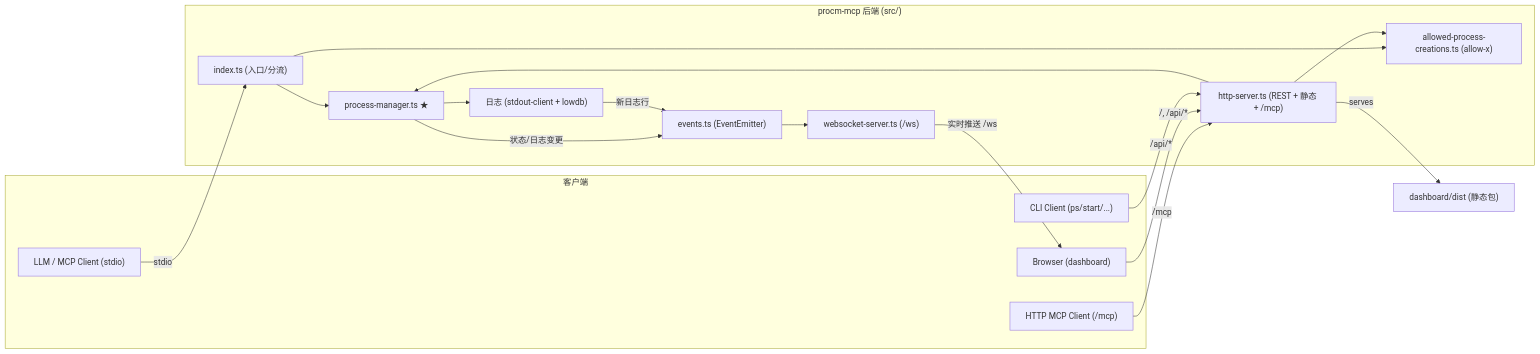
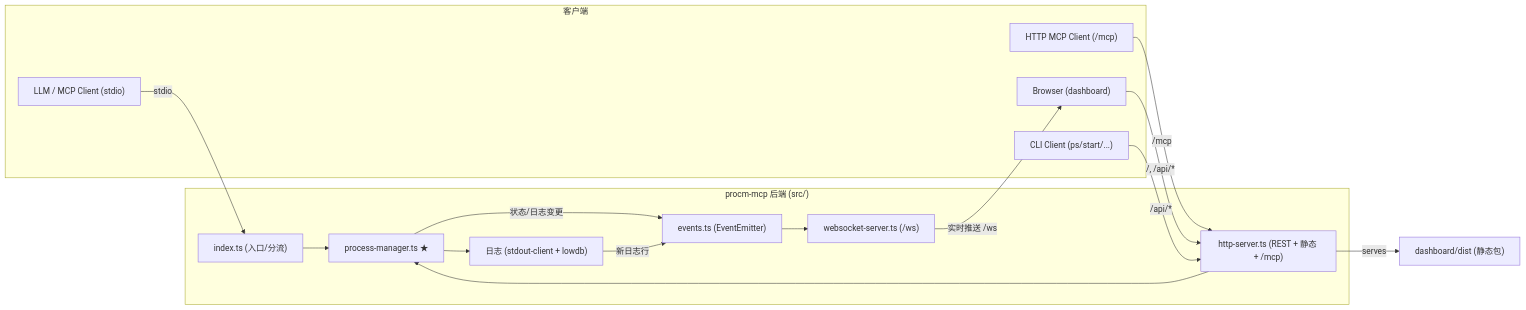
One commit to hunmer/procm-mcp changed the diagram in CLAUDE.md. Above: the diagram before and after it, drawn with Mermaid. The commit also changed other lines of this file and 17 other files, not shown here.

````diff
--- a/CLAUDE.md
+++ b/CLAUDE.md
@@ -44,34 +42,31 @@
 ```mermaid
 flowchart LR
   subgraph 客户端
     LLM["LLM / MCP Client (stdio)"]
     HTTPC["HTTP MCP Client (/mcp)"]
     CLI["CLI Client (ps/start/...)"]
     BR["Browser (dashboard)"]
   end
   subgraph 后端["procm-mcp 后端 (src/)"]
     IDX["index.ts (入口/分流)"]
     PM["process-manager.ts ★"]
-    AX["allowed-process-creations.ts (allow-x)"]
     LOG["日志 (stdout-client + lowdb)"]
     HTTP["http-server.ts (REST + 静态 + /mcp)"]
     EVT["events.ts (EventEmitter)"]
     WS["websocket-server.ts (/ws)"]
   end
   DASH["dashboard/dist (静态包)"]
 
   LLM -- stdio --> IDX
   IDX --> PM
-  IDX --> AX
   HTTPC -- "/mcp" --> HTTP
   BR -- "/, /api/*" --> HTTP
   CLI -- "/api/*" --> HTTP
   HTTP --> PM
-  HTTP --> AX
   PM --> LOG
   PM -- "状态/日志变更" --> EVT
   LOG -- "新日志行" --> EVT
   EVT --> WS
   WS -- "实时推送 /ws" --> BR
   HTTP -- serves --> DASH
 ```
````
